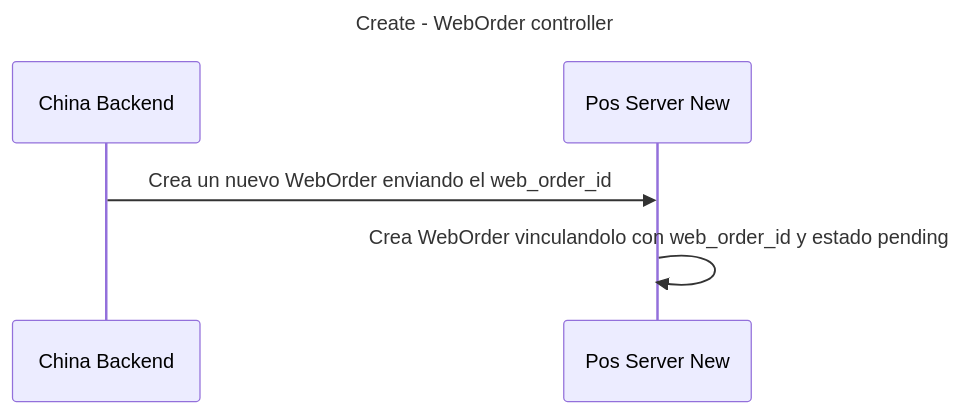
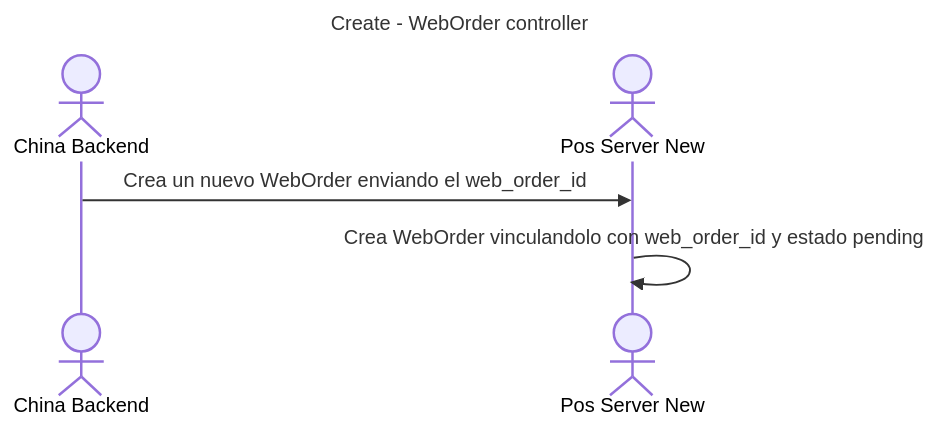
One commit to javix70/personal_obsidian changed the second of 3 diagrams in 100_niufoods/03_projects/pos_server_new/documentation/web orders/diagramns.md. Above: the diagram before and after it, drawn with Mermaid. The commit also changed other lines of this file and 5 other files, not shown here.

````diff
--- a/100_niufoods/03_projects/pos_server_new/documentation/web orders/diagramns.md
+++ b/100_niufoods/03_projects/pos_server_new/documentation/web orders/diagramns.md
@@ -19,11 +19,11 @@
 ```mermaid
 ---
 title: Create - WebOrder controller
 ---
 sequenceDiagram
-	participant CB as China Backend
-	participant PSN as Pos Server New
+	actor CB as China Backend
+	actor PSN as Pos Server New
 
 	CB->>PSN: Crea un nuevo WebOrder enviando el web_order_id
 	PSN->>PSN: Crea WebOrder vinculandolo con web_order_id y estado pending
 ```
````
